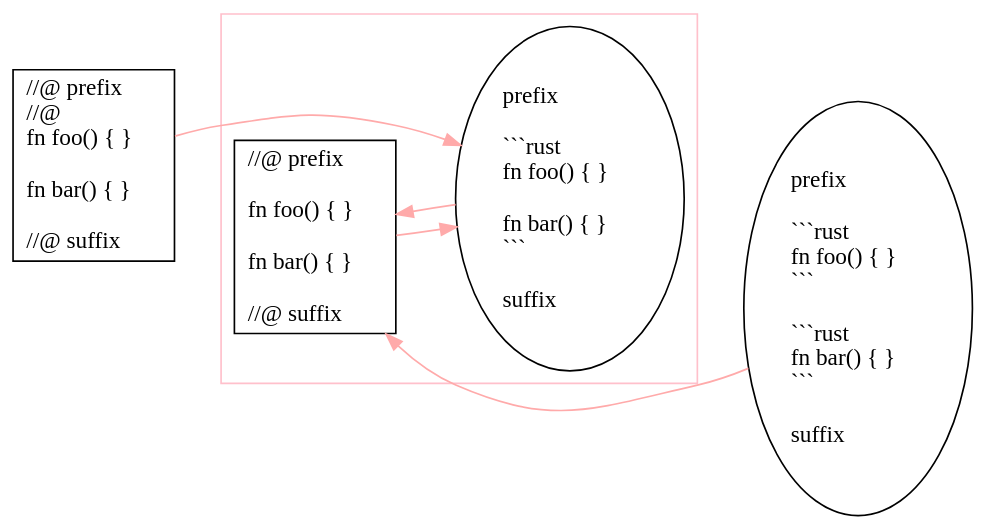
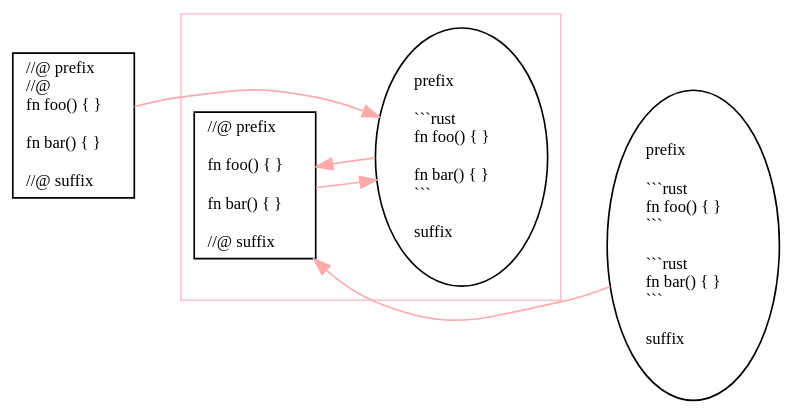
Before and after one commit to pnkfelix/tango-demo: the fifth of 8 diagrams in src/slides.md, drawn with Graphviz. The commit also changed other lines of this file, not shown here.

````diff
--- a/src/slides.md
+++ b/src/slides.md
@@ -272,23 +235,23 @@
 ```dot
 digraph bijective_submapping {
     edge[color="#FFAAAA",fontcolor="#FFAAAA"];
     rankdir="LR";
     bgcolor="transparent";
-    node [style="filled",fillcolor="#FFFFFF"];
+    node [style="filled",fillcolor="#FFFFFF",fontsize="10"];
 
     a_noncanon_rs [shape="rect",label="//@ prefix\l//@\lfn foo() { }\l\lfn bar() { }\l\l//@ suffix\l"]
     subgraph cluster_0 {
         a_canon_rs [shape="rect",label="//@ prefix\l\lfn foo() { }\l\lfn bar() { }\l\l//@ suffix\l"]
         a_canon_md [label="prefix\l\l```rust\lfn foo() { }\l\lfn bar() { }\l```\l\lsuffix\l"]
         color=pink;
     }
     a_noncanon_rs -> a_canon_rs [style="invis"];
     a_noncanon_md [label="prefix\l\l```rust\lfn foo() { }\l```\l\l```rust\lfn bar() { }\l```\l\lsuffix\l"]
     a_canon_md -> a_noncanon_md [dir="back",style="invis"];
     edge [fontname="Monospace",fontsize="10"]
     a_noncanon_rs -> a_canon_md;
     a_noncanon_md -> a_canon_rs;
     a_canon_rs -> a_canon_md;
     a_canon_md -> a_canon_rs;
 }
 ```
````
